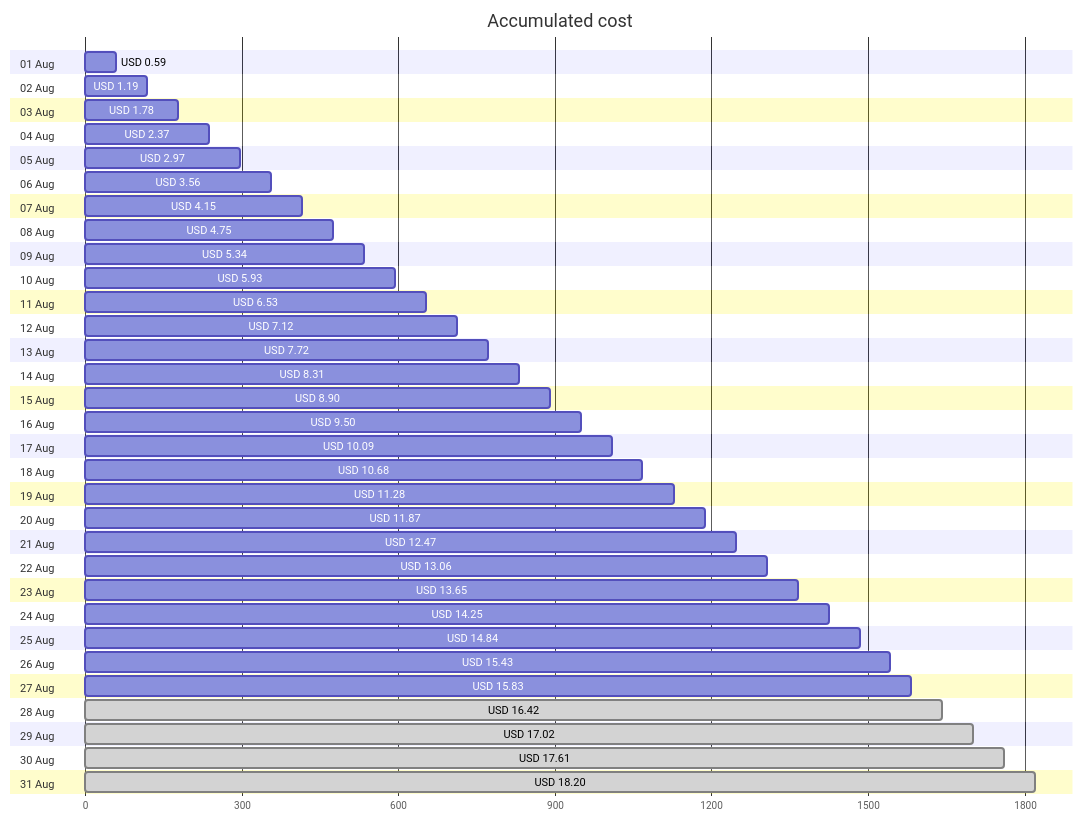
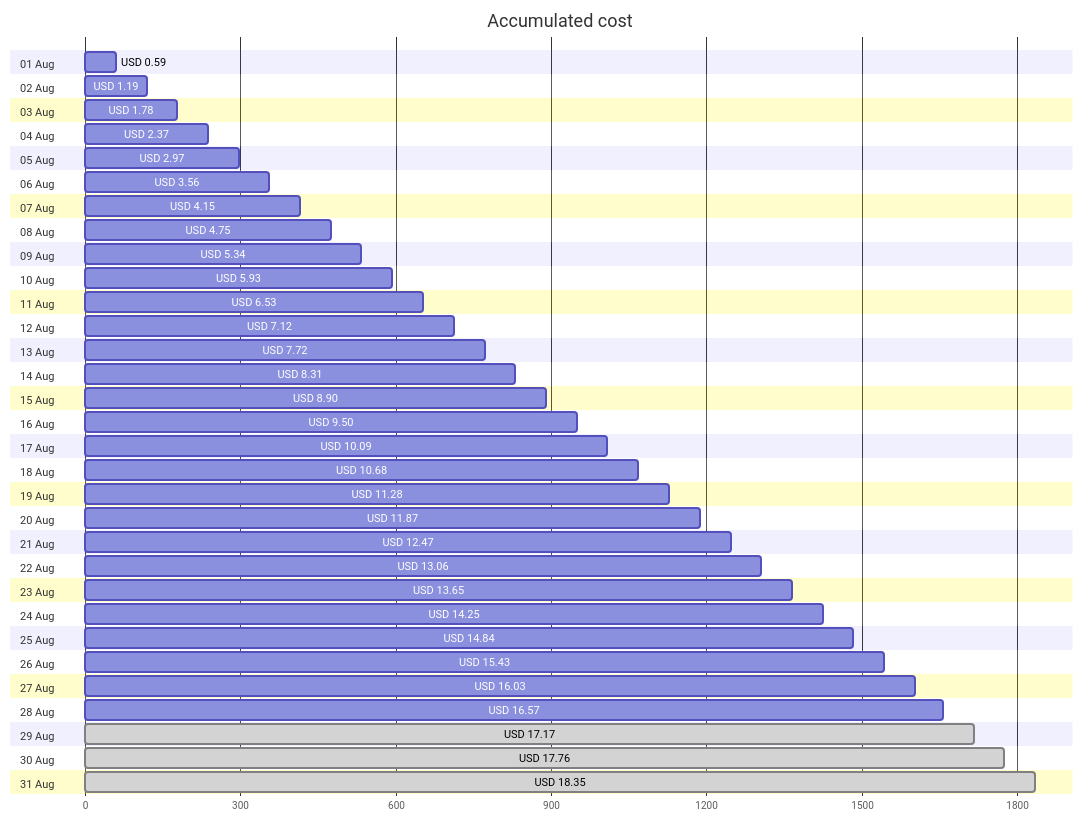
Before and after one commit to jpfulton/azure-personal-reports: the first of 4 diagrams in cost-reports/personal-site/README.md, drawn with Mermaid. The commit also changed other lines of this file and 6 other files, not shown here.

````diff
--- a/cost-reports/personal-site/README.md
+++ b/cost-reports/personal-site/README.md
@@ -20,68 +20,68 @@
 ```mermaid
 gantt
    title Accumulated cost
    dateFormat  X
    axisFormat %s
    section 01 Aug
    USD 0.59 :0, 59
    section 02 Aug
    USD 1.19 :0, 119
    section 03 Aug
    USD 1.78 :0, 178
    section 04 Aug
    USD 2.37 :0, 237
    section 05 Aug
    USD 2.97 :0, 297
    section 06 Aug
    USD 3.56 :0, 356
    section 07 Aug
    USD 4.15 :0, 415
    section 08 Aug
    USD 4.75 :0, 475
    section 09 Aug
    USD 5.34 :0, 534
    section 10 Aug
    USD 5.93 :0, 593
    section 11 Aug
    USD 6.53 :0, 653
    section 12 Aug
    USD 7.12 :0, 712
    section 13 Aug
    USD 7.72 :0, 772
    section 14 Aug
    USD 8.31 :0, 831
    section 15 Aug
    USD 8.90 :0, 890
    section 16 Aug
    USD 9.50 :0, 950
    section 17 Aug
    USD 10.09 :0, 1009
    section 18 Aug
    USD 10.68 :0, 1068
    section 19 Aug
    USD 11.28 :0, 1128
    section 20 Aug
    USD 11.87 :0, 1187
    section 21 Aug
    USD 12.47 :0, 1247
    section 22 Aug
    USD 13.06 :0, 1306
    section 23 Aug
    USD 13.65 :0, 1365
    section 24 Aug
    USD 14.25 :0, 1425
    section 25 Aug
    USD 14.84 :0, 1484
    section 26 Aug
    USD 15.43 :0, 1543
    section 27 Aug
-   USD 15.83 :0, 1583
+   USD 16.03 :0, 1603
    section 28 Aug
-   USD 16.42 : done, 0, 1642
+   USD 16.57 :0, 1657
    section 29 Aug
-   USD 17.02 : done, 0, 1702
+   USD 17.17 : done, 0, 1717
    section 30 Aug
-   USD 17.61 : done, 0, 1761
+   USD 17.76 : done, 0, 1776
    section 31 Aug
-   USD 18.20 : done, 0, 1820
+   USD 18.35 : done, 0, 1835
 ```
````
